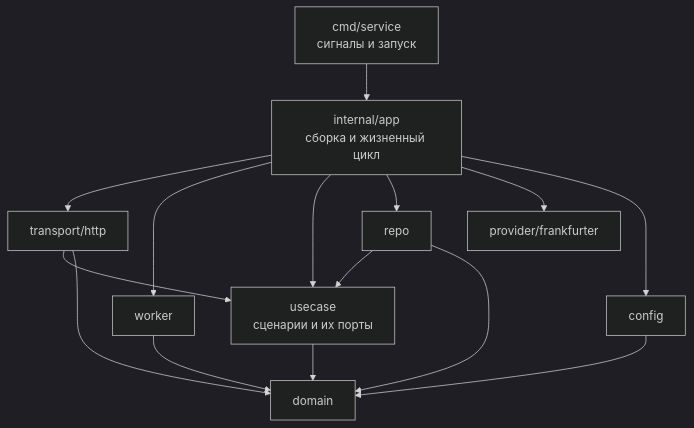
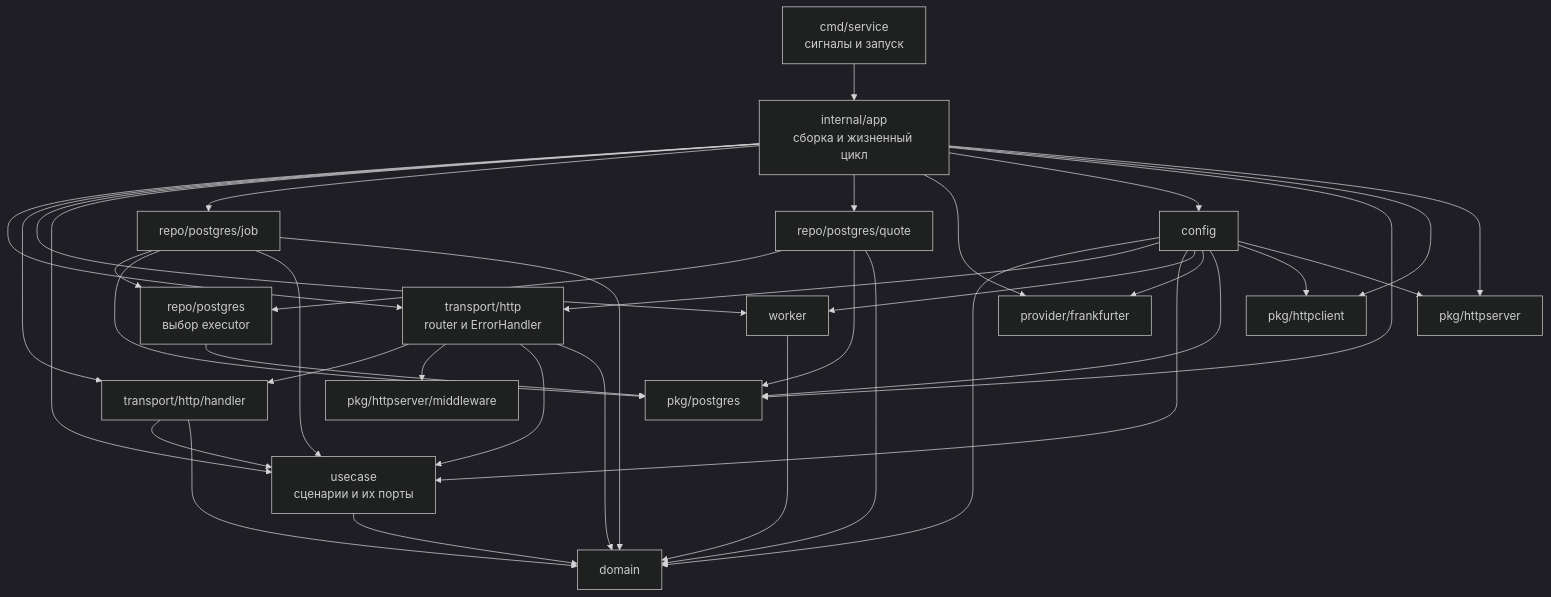
Before and after one commit to artyomstank/plata-currency-service: the second of 2 diagrams in docs/architecture.md, drawn with Mermaid (dark theme). The commit also changed other lines of this file and 69 other files, not shown here.

````diff
--- a/docs/architecture.md
+++ b/docs/architecture.md
@@ -60,17 +63,39 @@
 ```mermaid
 flowchart TD
     Main["cmd/service<br/>сигналы и запуск"] --> App["internal/app<br/>сборка и жизненный цикл"]
-    App --> HTTP["transport/http"]
+    App --> HTTP["transport/http<br/>router и ErrorHandler"]
+    App --> Handler["transport/http/handler"]
     App --> Worker["worker"]
     App --> UC["usecase<br/>сценарии и их порты"]
-    App --> Repo["repo"]
+    App --> Jobs["repo/postgres/job"]
+    App --> Quotes["repo/postgres/quote"]
     App --> Source["provider/frankfurter"]
     App --> Config["config"]
+    App --> Postgres["pkg/postgres"]
+    App --> HTTPClient["pkg/httpclient"]
+    App --> HTTPServer["pkg/httpserver"]
+    Jobs --> Executor["repo/postgres<br/>выбор executor"]
+    Quotes --> Executor
+    Jobs --> Postgres
+    Quotes --> Postgres
+    Executor --> Postgres
+    HTTP --> Handler
+    HTTP --> Middleware["pkg/httpserver/middleware"]
     HTTP --> UC
     HTTP --> Domain["domain"]
-    Repo --> UC
-    Repo --> Domain
+    Handler --> UC
+    Handler --> Domain
+    Jobs --> UC
+    Jobs --> Domain
+    Quotes --> Domain
     Worker --> Domain
     Config --> Domain
+    Config --> HTTP
+    Config --> UC
+    Config --> Worker
+    Config --> Source
+    Config --> Postgres
+    Config --> HTTPClient
+    Config --> HTTPServer
     UC --> Domain
 ```
````
